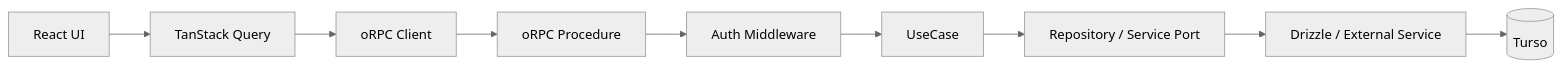
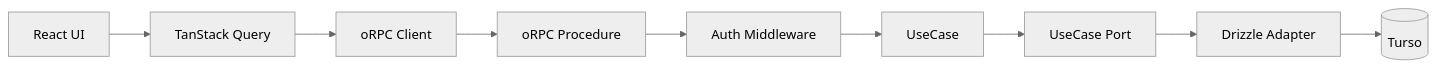
The first of 6 diagrams in docs/superpowers/specs/2026-08-22-application-architecture-evolution-design.md (koralle/pantry), drawn with Mermaid (neutral theme) before and after one commit. The commit also changed other lines of this file, not shown here.

Commit message:
docs: add concrete architecture code examples

````diff
--- a/docs/superpowers/specs/2026-08-22-application-architecture-evolution-design.md
+++ b/docs/superpowers/specs/2026-08-22-application-architecture-evolution-design.md
@@ -75,21 +124,21 @@
 ```mermaid
 flowchart LR
   UI[React UI]
   TQ[TanStack Query]
   CLIENT[oRPC Client]
   RPC[oRPC Procedure]
   AUTH[Auth Middleware]
   UC[UseCase]
-  PORT[Repository / Service Port]
-  INFRA[Drizzle / External Service]
+  PORT[UseCase Port]
+  INFRA[Drizzle Adapter]
   DB[(Turso)]
 
   UI --> TQ
   TQ --> CLIENT
   CLIENT --> RPC
   RPC --> AUTH
   AUTH --> UC
   UC --> PORT
   PORT --> INFRA
   INFRA --> DB
 ```
````
